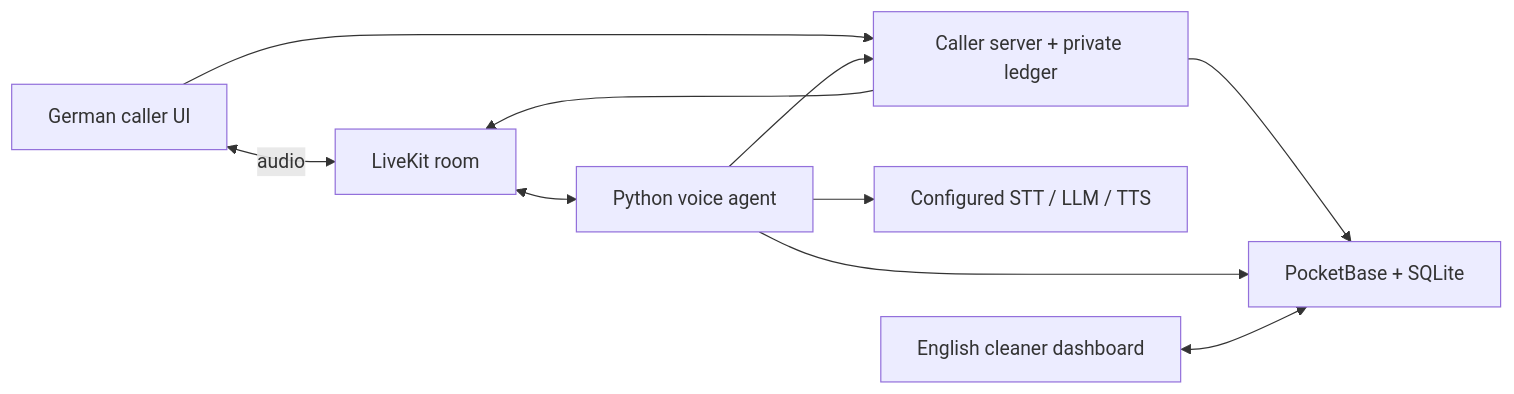
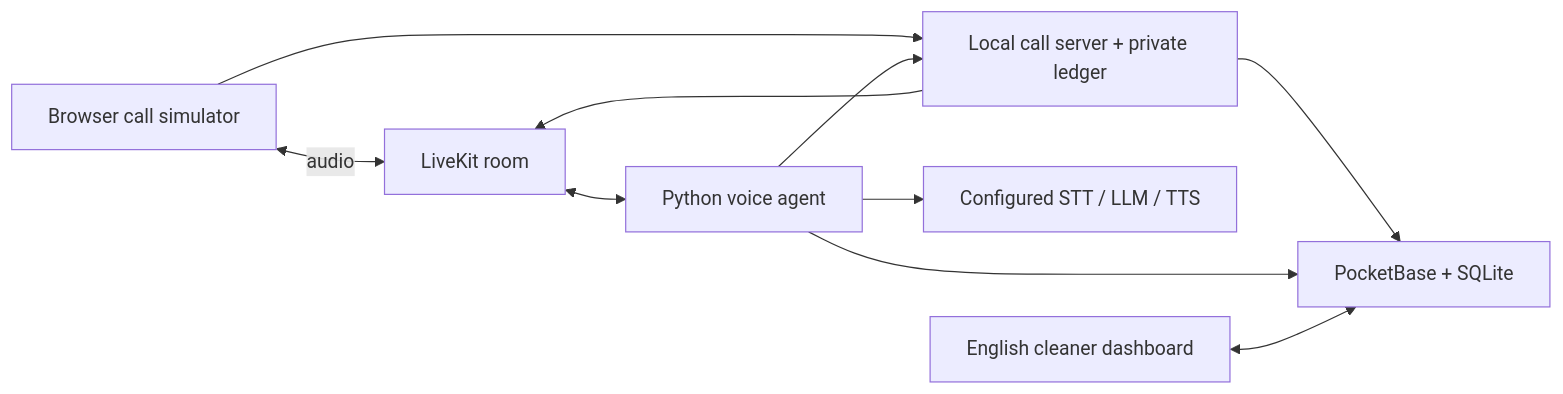
The diagram in README.md (david-guerra/Yoshida), drawn with Mermaid before and after one commit. The commit also changed other lines of this file and 3 other files, not shown here.

````diff
--- a/README.md
+++ b/README.md
@@ -53,12 +66,12 @@
 ```mermaid
 flowchart LR
-    Browser[German caller UI] <-->|audio| Room[LiveKit room]
-    Browser --> Caller[Caller server + private ledger]
+    Browser[Browser call simulator] <-->|audio| Room[LiveKit room]
+    Browser --> Caller[Local call server + private ledger]
     Caller --> Room
     Room <--> Agent[Python voice agent]
     Agent --> Caller
     Agent --> Inference[Configured STT / LLM / TTS]
     Caller --> PB[PocketBase + SQLite]
     Agent --> PB
     Dashboard[English cleaner dashboard] <--> PB
 ```
````
